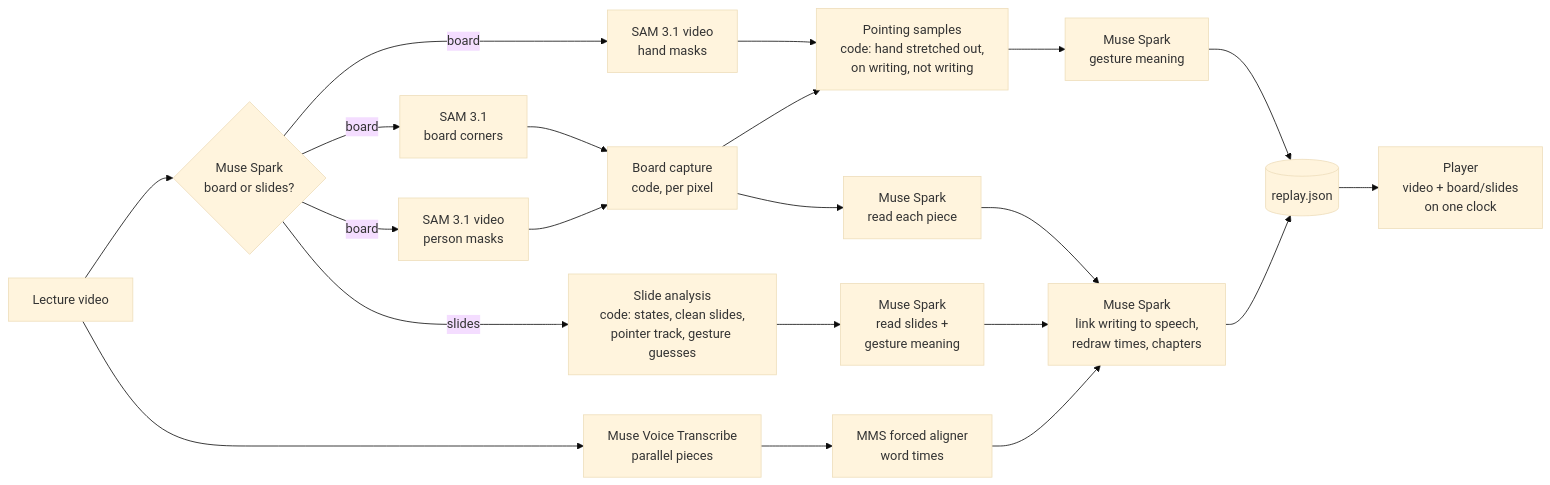
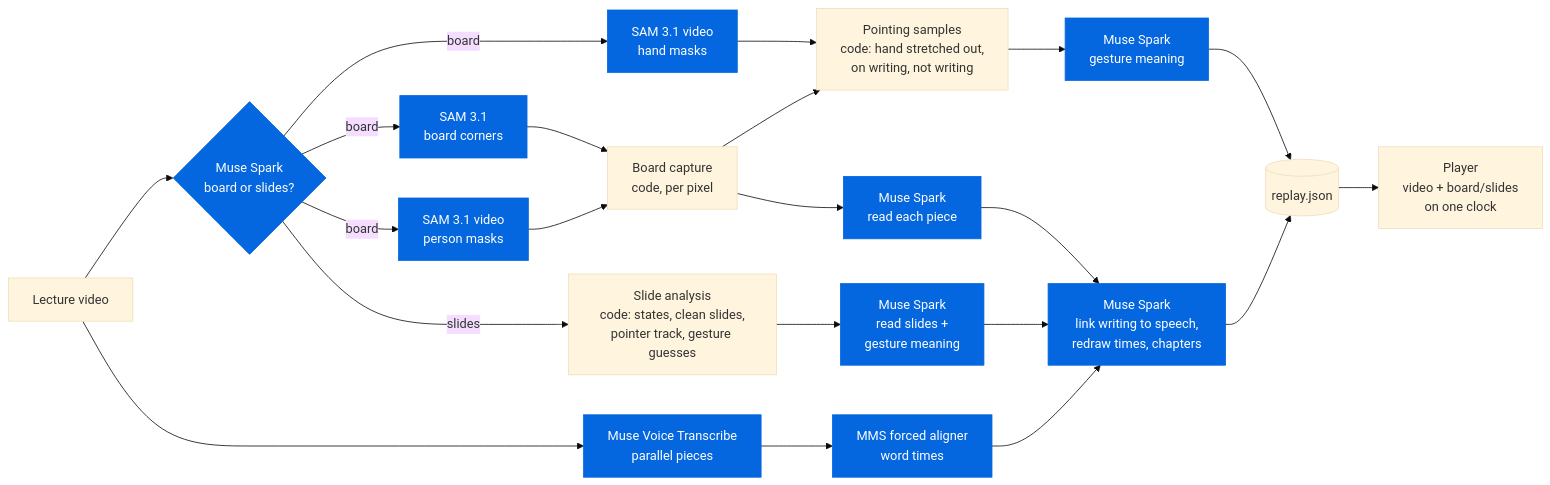
Before and after one commit to MohammadYehya/replay-board: the diagram in README.md, drawn with Mermaid (base theme). The commit also changed other lines of this file and 1 other file, not shown here.

````diff
--- a/README.md
+++ b/README.md
@@ -23,23 +204,25 @@
 ```mermaid
 flowchart LR
   V[Lecture video] --> C{Muse Spark<br/>board or slides?}
   C -->|board| S1[SAM 3.1<br/>board corners]
   C -->|board| S2[SAM 3.1 video<br/>person masks]
   C -->|board| S3[SAM 3.1 video<br/>hand masks]
   S1 --> BC[Board capture<br/>code, per pixel]
   S2 --> BC
   BC --> R1[Muse Spark<br/>read each piece]
   S3 --> PT[Pointing samples<br/>code: hand stretched out,<br/>on writing, not writing]
   BC --> PT
   PT --> G1[Muse Spark<br/>gesture meaning]
   C -->|slides| SA[Slide analysis<br/>code: states, clean slides,<br/>pointer track, gesture guesses]
   SA --> R2[Muse Spark<br/>read slides +<br/>gesture meaning]
   V --> T[Muse Voice Transcribe<br/>parallel pieces]
   T --> A[MMS forced aligner<br/>word times]
   R1 --> L[Muse Spark<br/>link writing to speech,<br/>redraw times, chapters]
   G1 --> J
   R2 --> L
   A --> L
   L --> J[(replay.json)]
   J --> P[Player<br/>video + board/slides<br/>on one clock]
+  classDef meta fill:#0467DF,stroke:#0467DF,color:#fff
+  class C,S1,S2,S3,R1,G1,R2,T,A,L meta
 ```
````
